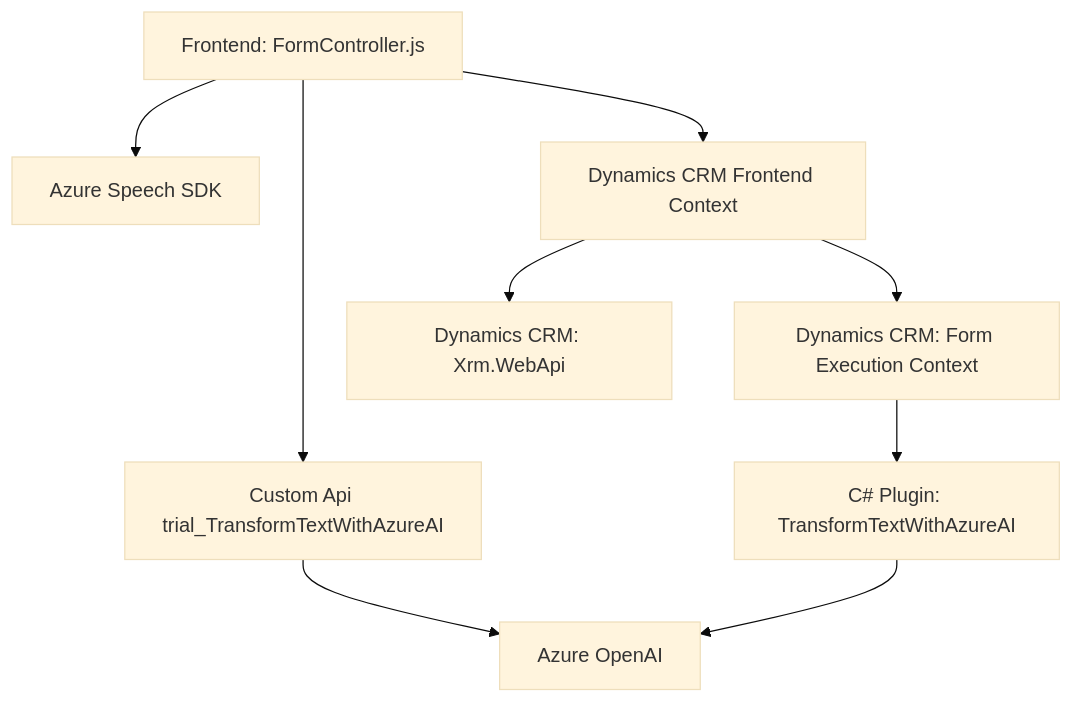
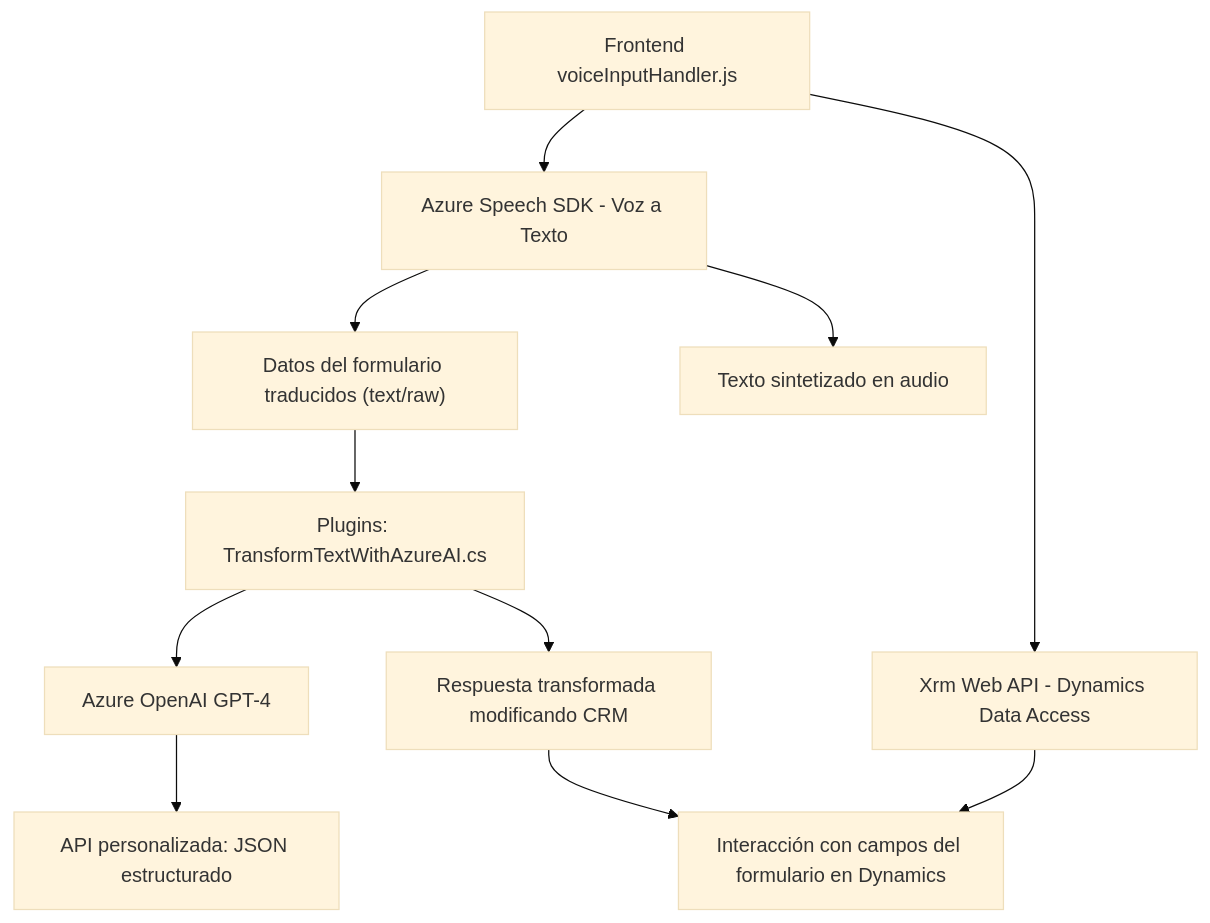
One commit to blopezdm/NETCORE_BILBAO2025 changed the diagram in README.md. Above: the diagram before and after it, drawn with Mermaid (base theme). The commit also changed other lines of this file, not shown here.

Commit message:
Actualizar análisis global de la solución con IA

````diff
--- a/README.md
+++ b/README.md
@@ -52,12 +39,15 @@
 ```mermaid
 graph TD
-    A["Frontend: FormController.js"] --> B["Azure Speech SDK"]
-    A --> C["Dynamics CRM Frontend Context"]
-    A --> D["Custom Api trial_TransformTextWithAzureAI"]
-    D --> E["Azure OpenAI (GPT-4)"]
-    C --> F["Dynamics CRM: Form Execution Context"]
-    F --> G["C# Plugin: TransformTextWithAzureAI"]
-    C --> H["Dynamics CRM: Xrm.WebApi"]
-    G --> E["Azure OpenAI"]
+    A["Frontend voiceInputHandler.js"] --> B["Azure Speech SDK - Voz a Texto"]
+    A --> C["Xrm Web API - Dynamics Data Access"]
+    B --> D["Datos del formulario traducidos (text/raw)"]
+    C --> E["Interacción con campos del formulario en Dynamics"]
 
+    F["Plugins: TransformTextWithAzureAI.cs"] --> G["Azure OpenAI GPT-4"]
+    D --> F
+    G --> H["API personalizada: JSON estructurado"]
+    F --> I["Respuesta transformada modificando CRM"]
+    I --> E
+    
+    B --> J["Texto sintetizado en audio"]
 ```
````
